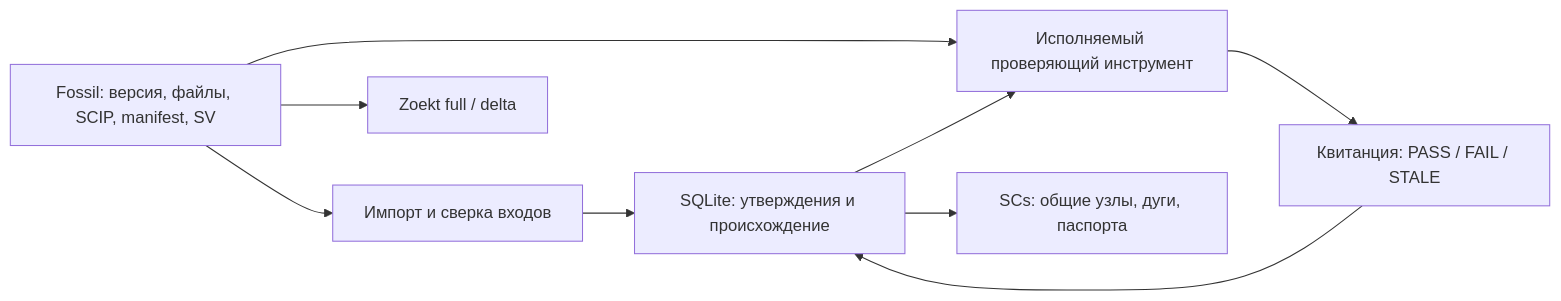
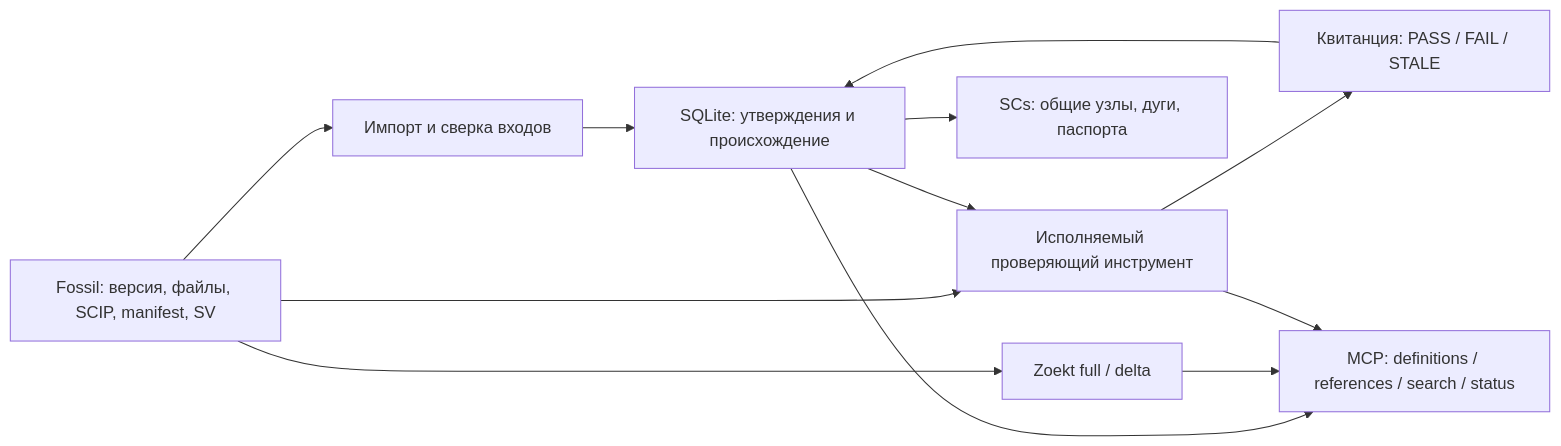
The diagram in docs/dais-evidence-graph.md (AlHeloween/opencode), drawn with Mermaid before and after one commit. The commit also changed other lines of this file and 13 other files, not shown here.

````diff
--- a/docs/dais-evidence-graph.md
+++ b/docs/dais-evidence-graph.md
@@ -15,11 +16,14 @@
 ```mermaid
 flowchart LR
     F[Fossil: версия, файлы, SCIP, manifest, SV] --> I[Импорт и сверка входов]
     I --> G[SQLite: утверждения и происхождение]
     F --> V[Исполняемый проверяющий инструмент]
     G --> V
     V --> R[Квитанция: PASS / FAIL / STALE]
     R --> G
     G --> S[SCs: общие узлы, дуги, паспорта]
     F --> Z[Zoekt full / delta]
+    G --> M[MCP: definitions / references / search / status]
+    Z --> M
+    V --> M
 ```
````
